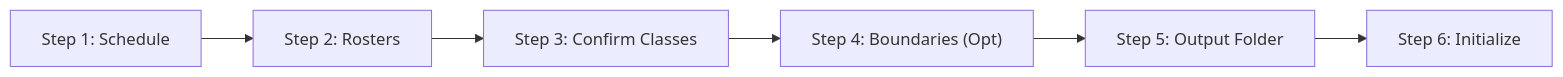
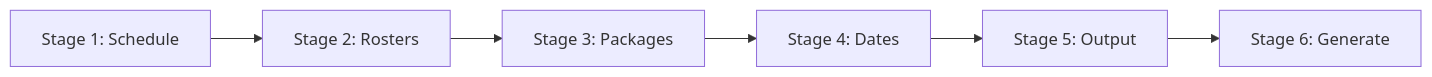
Before and after one commit to DrinkBoooz/cvsu-generator_documentation: the diagram in 04 - User Guides/User Manual.md, drawn with Mermaid. The commit also changed other lines of this file and 3 other files, not shown here.

Commit message:
72: align ui architecture and faculty guides with six-stage batch workbench

````diff
--- a/04 - User Guides/User Manual.md
+++ b/04 - User Guides/User Manual.md
@@ -39,8 +44,8 @@
 ```mermaid
 graph LR
-    S1["Step 1: Schedule"] --> S2["Step 2: Rosters"]
-    S2 --> S3["Step 3: Confirm Classes"]
-    S3 --> S4["Step 4: Boundaries (Opt)"]
-    S4 --> S5["Step 5: Output Folder"]
-    S5 --> S6["Step 6: Initialize"]
+    S1["Stage 1: Schedule"] --> S2["Stage 2: Rosters"]
+    S2 --> S3["Stage 3: Packages"]
+    S3 --> S4["Stage 4: Dates"]
+    S4 --> S5["Stage 5: Output"]
+    S5 --> S6["Stage 6: Generate"]
 ```
````
